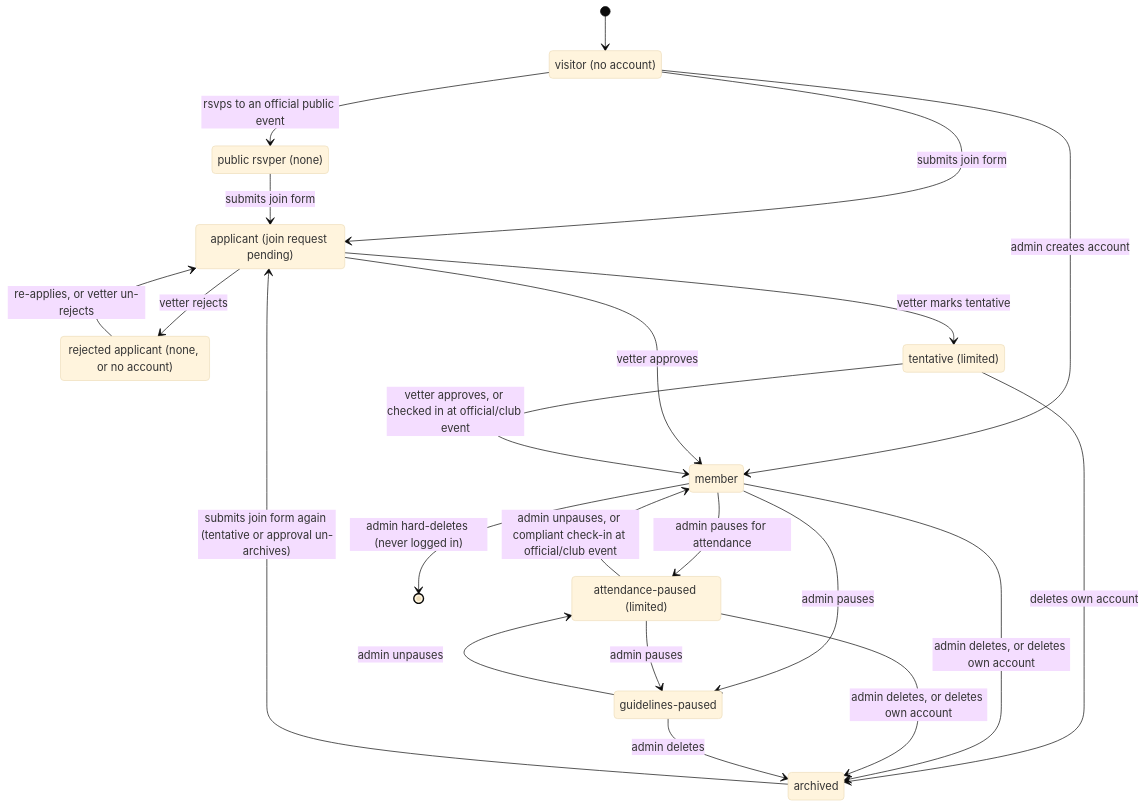
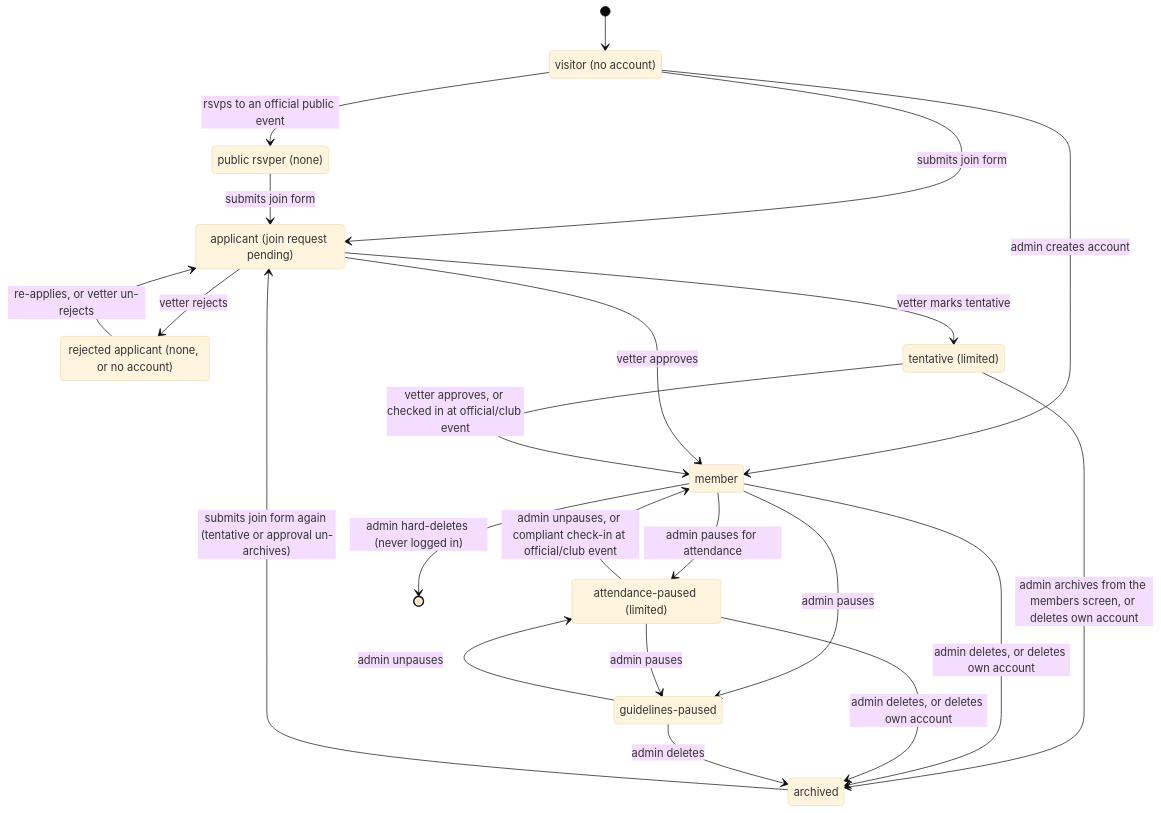
One commit to ProteinDeficientsAnonymous/pda changed the first of 3 diagrams in .claude/docs/user-states.md. Above: the diagram before and after it, drawn with Mermaid (base theme). The commit also changed other lines of this file and 10 other files, not shown here.

First line of the commit message:
feat(join): close a tentative request when an admin archives them

````diff
--- a/.claude/docs/user-states.md
+++ b/.claude/docs/user-states.md
@@ -21,40 +21,40 @@
 ```mermaid
 stateDiagram-v2
     state "visitor (no account)" as Visitor
     state "public rsvper (none)" as PublicRsvper
     state "applicant (join request pending)" as Applicant
     state "rejected applicant (none, or no account)" as Rejected
     state "tentative (limited)" as Tentative
     state "member" as Member
     state "attendance-paused (limited)" as AttendancePaused
     state "guidelines-paused" as GuidelinesPaused
     state "archived" as Archived
 
     [*] --> Visitor
     Visitor --> PublicRsvper: rsvps to an official public event
     Visitor --> Applicant: submits join form
     PublicRsvper --> Applicant: submits join form
     Visitor --> Member: admin creates account
 
     Applicant --> Tentative: vetter marks tentative
     Applicant --> Member: vetter approves
     Applicant --> Rejected: vetter rejects
     Rejected --> Applicant: re-applies, or vetter un-rejects
 
     Tentative --> Member: vetter approves, or checked in at official/club event
-    Tentative --> Archived: deletes own account
+    Tentative --> Archived: admin archives from the members screen, or deletes own account
 
     Member --> AttendancePaused: admin pauses for attendance
     AttendancePaused --> Member: admin unpauses, or compliant check-in at official/club event
 
     Member --> GuidelinesPaused: admin pauses
     AttendancePaused --> GuidelinesPaused: admin pauses
     GuidelinesPaused --> AttendancePaused: admin unpauses
 
     Member --> Archived: admin deletes, or deletes own account
     AttendancePaused --> Archived: admin deletes, or deletes own account
     GuidelinesPaused --> Archived: admin deletes
     Archived --> Applicant: submits join form again (tentative or approval un-archives)
 
     Member --> [*]: admin hard-deletes (never logged in)
 ```
````
